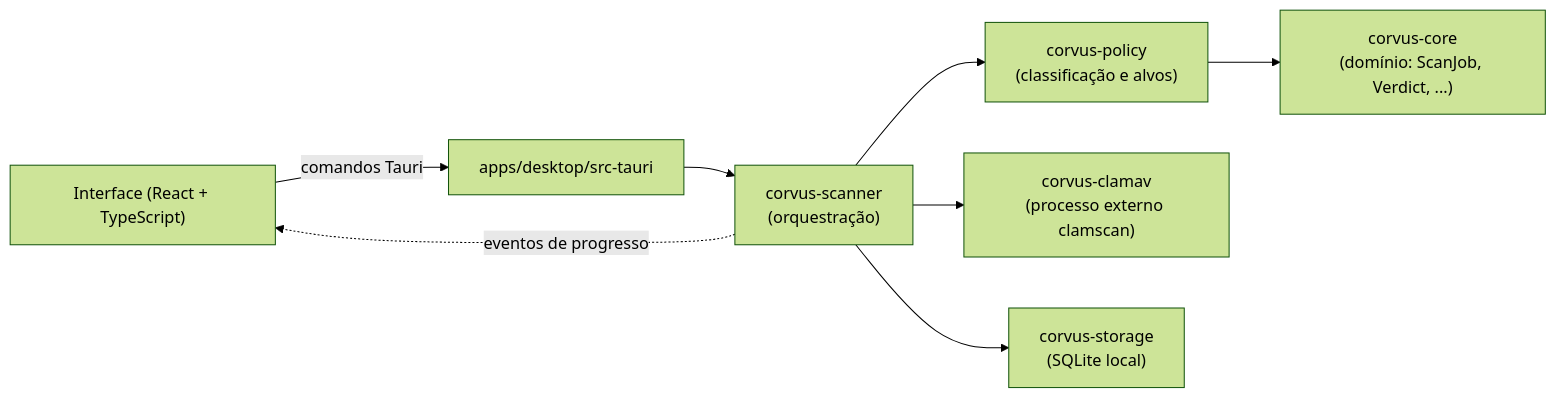
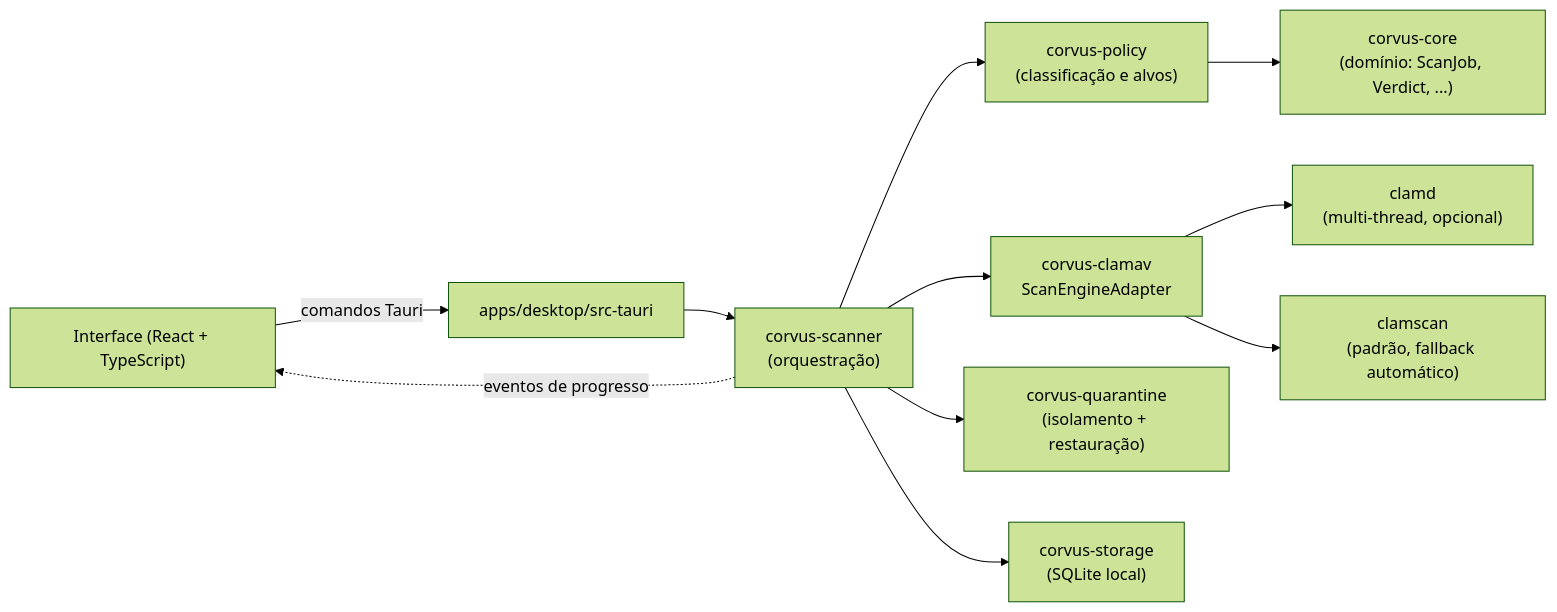
One commit to ViniciusKanh/CorvusAV-Open-Source-Antivirus changed the diagram in README.md. Above: the diagram before and after it, drawn with Mermaid (forest theme). The commit also changed other lines of this file and 53 other files, not shown here.

First line of the commit message:
feat: quarentena, motor clamd opcional e correcao de arquivos OneDrive

````diff
--- a/README.md
+++ b/README.md
@@ -62,10 +75,13 @@
 ```mermaid
 flowchart LR
     UI["Interface (React + TypeScript)"] -->|comandos Tauri| CMD["apps/desktop/src-tauri"]
     CMD --> SCANNER["corvus-scanner\n(orquestração)"]
     SCANNER --> POLICY["corvus-policy\n(classificação e alvos)"]
-    SCANNER --> CLAMAV["corvus-clamav\n(processo externo clamscan)"]
+    SCANNER --> ENGINE["corvus-clamav\nScanEngineAdapter"]
+    ENGINE --> CLAMD["clamd\n(multi-thread, opcional)"]
+    ENGINE --> CLAMSCAN["clamscan\n(padrão, fallback automático)"]
+    SCANNER --> QUARANTINE["corvus-quarantine\n(isolamento + restauração)"]
     SCANNER --> STORAGE["corvus-storage\n(SQLite local)"]
     POLICY --> CORE["corvus-core\n(domínio: ScanJob, Verdict, ...)"]
     SCANNER -. eventos de progresso .-> UI
 ```
````
